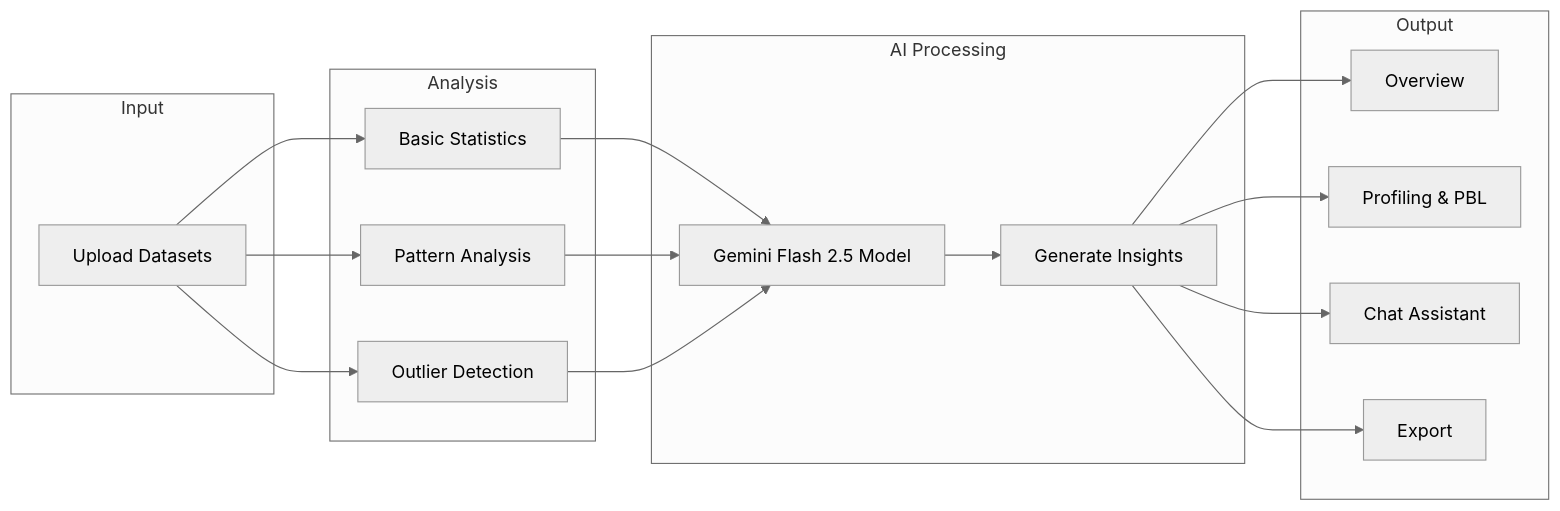
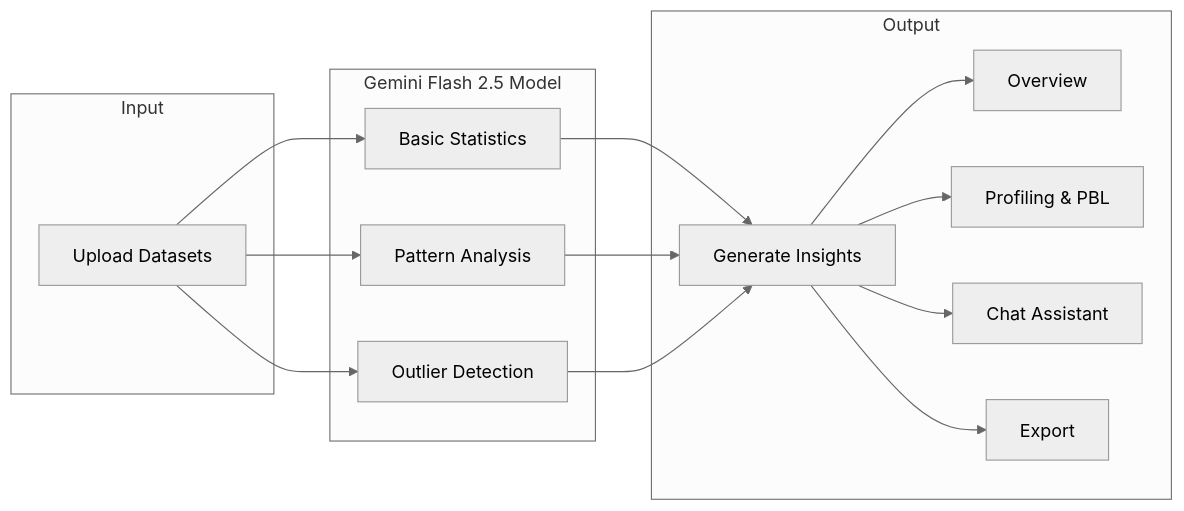
The third of 11 diagrams in presentation.md (nishant14763/datalens), drawn with Mermaid (neutral theme) before and after one commit.

````diff
--- a/presentation.md
+++ b/presentation.md
@@ -53,26 +53,24 @@
 ```mermaid
 graph LR
     subgraph Input
         U[Upload Datasets]
     end
     
-    subgraph Analysis
+    subgraph Gemini Flash 2.5 Model
         U --> B[Basic Statistics]
         U --> P[Pattern Analysis]
         U --> O[Outlier Detection]
     end
     
-    subgraph AI Processing
-        B --> AI[Gemini Flash 2.5 Model]
-        P --> AI
-        O --> AI
-        AI --> I[Generate Insights]
-    end
+
+    B --> I[Generate Insights]
+    P --> I[Generate Insights]
+    O --> I[Generate Insights]
     
     subgraph Output
         I --> VIZ[Overview]
         I --> S[Profiling & PBL ]
         I --> BL[Chat Assistant]
         I --> EX[Export]
     end
 ```
````
